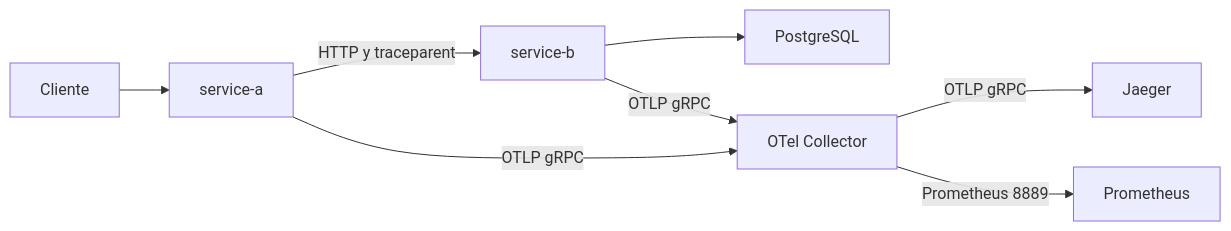
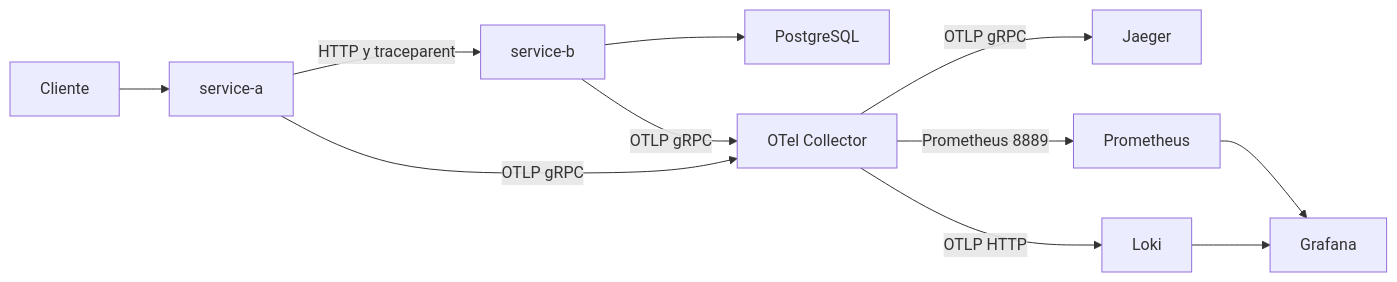
The diagram in otel-multicloud-lab/README.md (DiegoBorja09/LaboratorioDevops), drawn with Mermaid before and after one commit. The commit also changed other lines of this file and 62 other files, not shown here.

Commit message:
grafana opentelemetry y prometheus

````diff
--- a/otel-multicloud-lab/README.md
+++ b/otel-multicloud-lab/README.md
@@ -195,10 +199,13 @@
 ```mermaid
 flowchart LR
     cliente[Cliente] --> serviceA[service-a]
     serviceA -->|HTTP y traceparent| serviceB[service-b]
     serviceB --> postgres[PostgreSQL]
     serviceA -->|OTLP gRPC| collector[OTel Collector]
     serviceB -->|OTLP gRPC| collector
     collector -->|OTLP gRPC| jaeger[Jaeger]
     collector -->|Prometheus 8889| prometheus[Prometheus]
+    prometheus --> grafana[Grafana]
+    collector -->|OTLP HTTP| loki[Loki]
+    loki --> grafana
 ```
````
